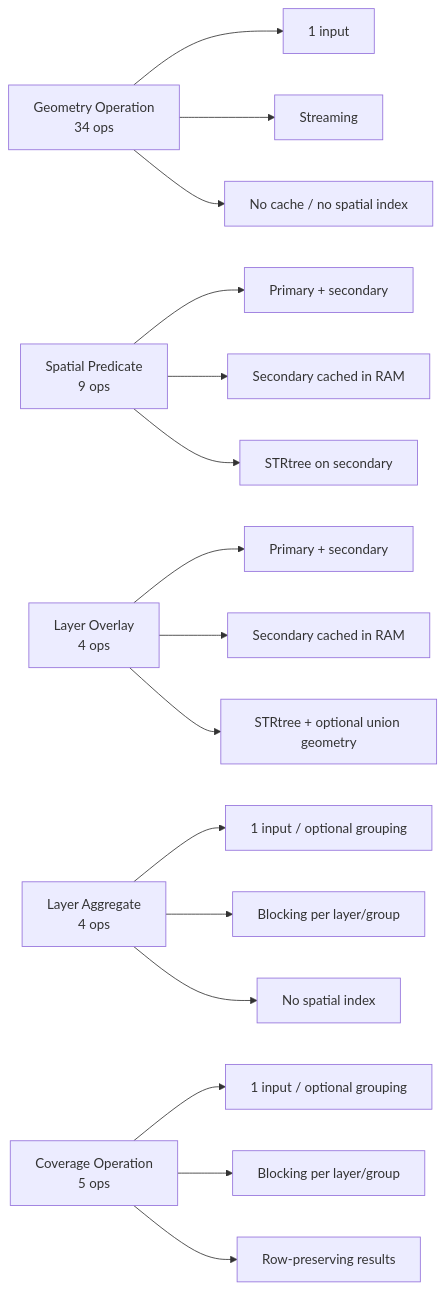
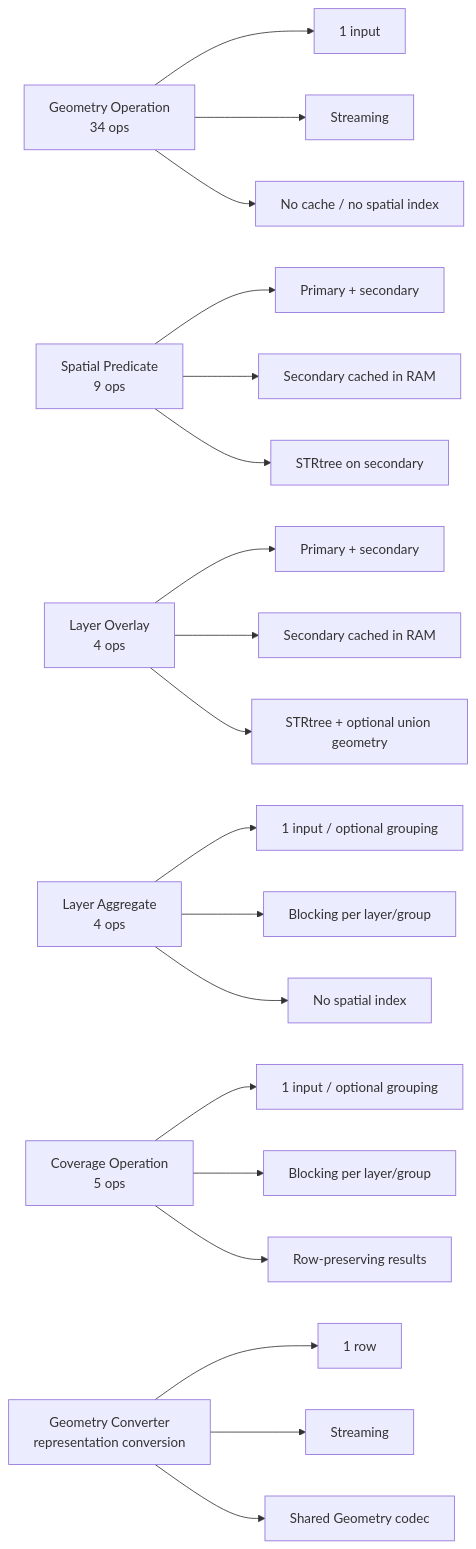
Before and after one commit to edigonzales/hop-geoprocessing-plugin: the diagram in docs/README.md, drawn with Mermaid. The commit also changed other lines of this file and 108 other files, not shown here.

Commit message:
Add Geometry Converter transform and acceptance coverage

````diff
--- a/docs/README.md
+++ b/docs/README.md
@@ -39,22 +46,26 @@
 ```mermaid
 flowchart LR
   G["Geometry Operation\n34 ops"] --> G1["1 input"]
   G --> G2["Streaming"]
   G --> G3["No cache / no spatial index"]
 
   S["Spatial Predicate\n9 ops"] --> S1["Primary + secondary"]
   S --> S2["Secondary cached in RAM"]
   S --> S3["STRtree on secondary"]
 
   O["Layer Overlay\n4 ops"] --> O1["Primary + secondary"]
   O --> O2["Secondary cached in RAM"]
   O --> O3["STRtree + optional union geometry"]
 
   A["Layer Aggregate\n4 ops"] --> A1["1 input / optional grouping"]
   A --> A2["Blocking per layer/group"]
   A --> A3["No spatial index"]
 
   C["Coverage Operation\n5 ops"] --> C1["1 input / optional grouping"]
   C --> C2["Blocking per layer/group"]
   C --> C3["Row-preserving results"]
+
+  GC["Geometry Converter\nrepresentation conversion"] --> GC1["1 row"]
+  GC --> GC2["Streaming"]
+  GC --> GC3["Shared Geometry codec"]
 ```
````
